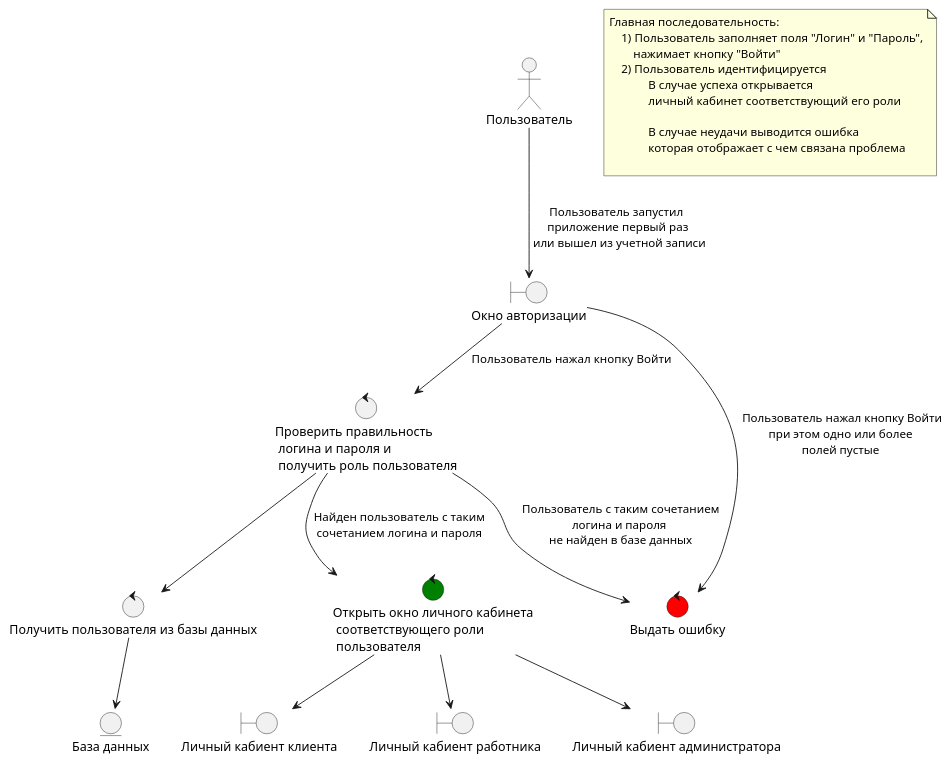
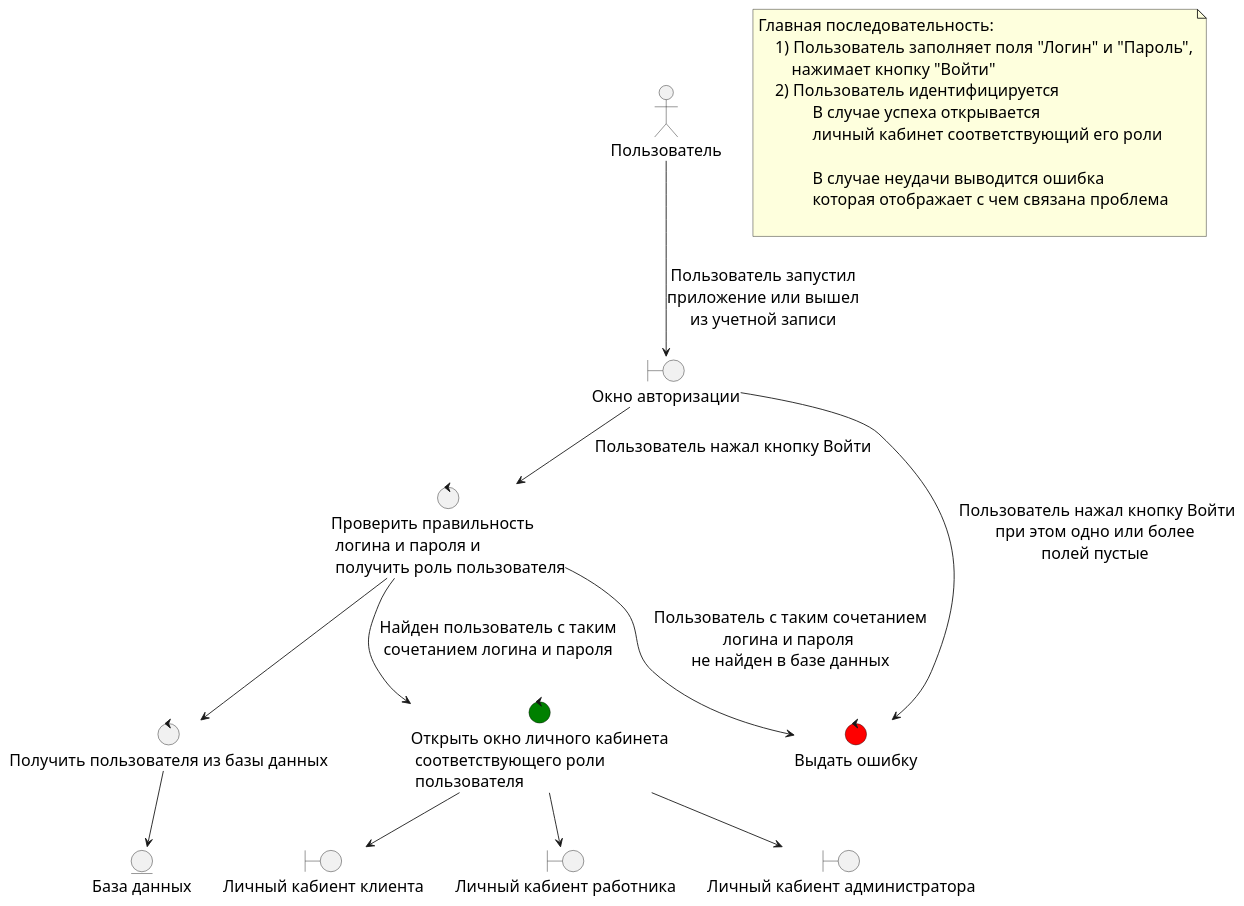
Before and after one commit to Dugers/Machine-repair: the diagram in Diagrams/cases/auth.wsd, drawn with PlantUML. The commit also changed 14 other files, not shown here.

Commit message:
update diagrams style

```diff
--- a/Diagrams/cases/auth.wsd
+++ b/Diagrams/cases/auth.wsd
@@ -1,42 +1,44 @@
 @startuml auth_case
+
+skinparam defaultFontSize 18
 
 actor Пользователь as user
 
 entity "База данных" as db
 
 boundary "Окно авторизации" as auth_screen
 boundary "Личный кабиент клиента" as client_cabinet_screen
 boundary "Личный кабиент работника" as worker_cabinet_screen
 boundary "Личный кабиент администратора" as admin_cabinet_screen
 
 control "Получить пользователя из базы данных" as get_user_from_db
 control "Проверить правильность\n логина и пароля и \n получить роль пользователя" as check_user
 control "Открыть окно личного кабинета\n соответствующего роли\n пользователя" as open_user_cabinet #green
 control "Выдать ошибку" as show_error #red
 
-user --> auth_screen : "Пользователь запустил \nприложение первый раз\n или вышел из учетной записи"
+user --> auth_screen : "Пользователь запустил\nприложение или вышел\nиз учетной записи"
 auth_screen --> show_error : " Пользователь нажал кнопку Войти\nпри этом одно или более\nполей пустые"
 auth_screen --> check_user : " Пользователь нажал кнопку Войти"
 check_user --> get_user_from_db
 check_user --> show_error : "Пользователь с таким сочетанием\nлогина и пароля \nне найден в базе данных"
 check_user --> open_user_cabinet : "Найден пользователь с таким\nсочетанием логина и пароля"
 get_user_from_db --> db
 open_user_cabinet --> client_cabinet_screen
 open_user_cabinet --> worker_cabinet_screen
 open_user_cabinet --> admin_cabinet_screen
 
 note as scenario
 Главная последовательность:
     1) Пользователь заполняет поля "Логин" и "Пароль",
         нажимает кнопку "Войти"
     2) Пользователь идентифицируется
              В случае успеха открывается
              личный кабинет соответствующий его роли
 
              В случае неудачи выводится ошибка
              которая отображает с чем связана проблема
         
 end note
 
 
 @enduml
```
